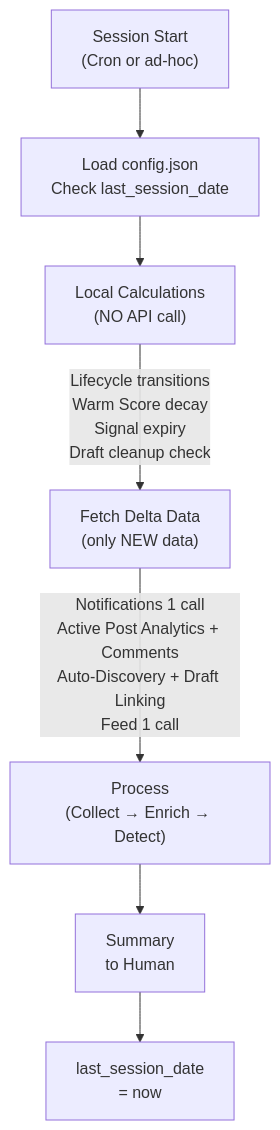
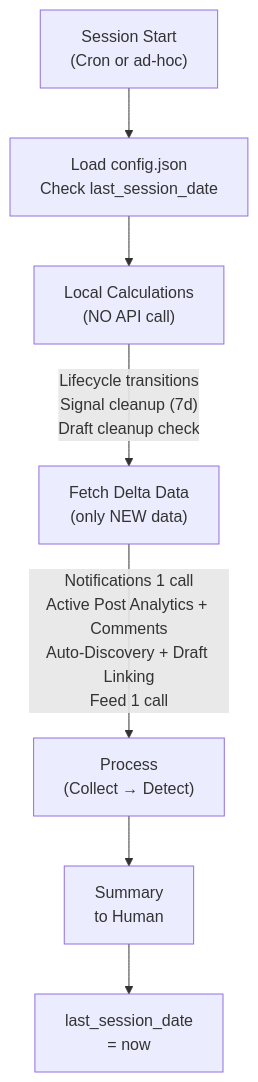
One commit to sabania/linkedin-cli changed the second of 8 diagrams in plugin/README.md. Above: the diagram before and after it, drawn with Mermaid. The commit also changed other lines of this file and 13 other files, not shown here.

````diff
--- a/plugin/README.md
+++ b/plugin/README.md
@@ -65,9 +63,9 @@
 ```mermaid
 graph TD
     START["Session Start<br/>(Cron or ad-hoc)"] --> LOAD["Load config.json<br/>Check last_session_date"]
     LOAD --> LOCAL["Local Calculations<br/>(NO API call)"]
-    LOCAL --> |"Lifecycle transitions<br/>Warm Score decay<br/>Signal expiry<br/>Draft cleanup check"| DELTA["Fetch Delta Data<br/>(only NEW data)"]
-    DELTA --> |"Notifications 1 call<br/>Active Post Analytics + Comments<br/>Auto-Discovery + Draft Linking<br/>Feed 1 call"| PROCESS["Process<br/>(Collect → Enrich → Detect)"]
+    LOCAL --> |"Lifecycle transitions<br/>Signal cleanup (7d)<br/>Draft cleanup check"| DELTA["Fetch Delta Data<br/>(only NEW data)"]
+    DELTA --> |"Notifications 1 call<br/>Active Post Analytics + Comments<br/>Auto-Discovery + Draft Linking<br/>Feed 1 call"| PROCESS["Process<br/>(Collect → Detect)"]
     PROCESS --> SUMMARY["Summary<br/>to Human"]
     SUMMARY --> UPDATE["last_session_date<br/>= now"]
 ```
````
